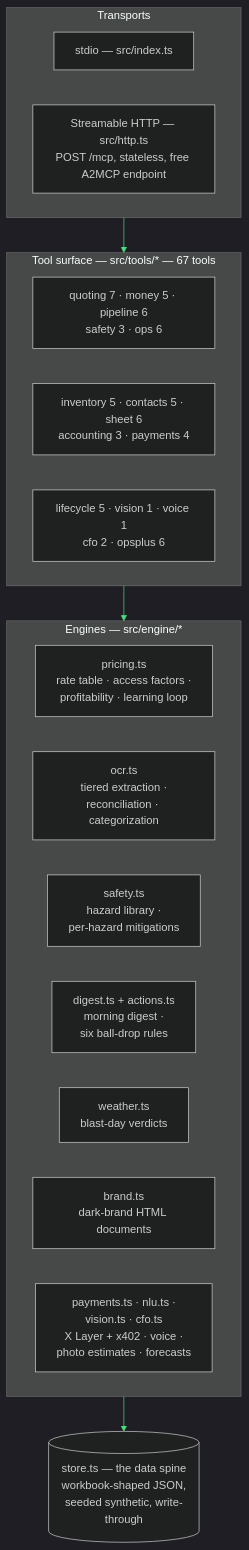
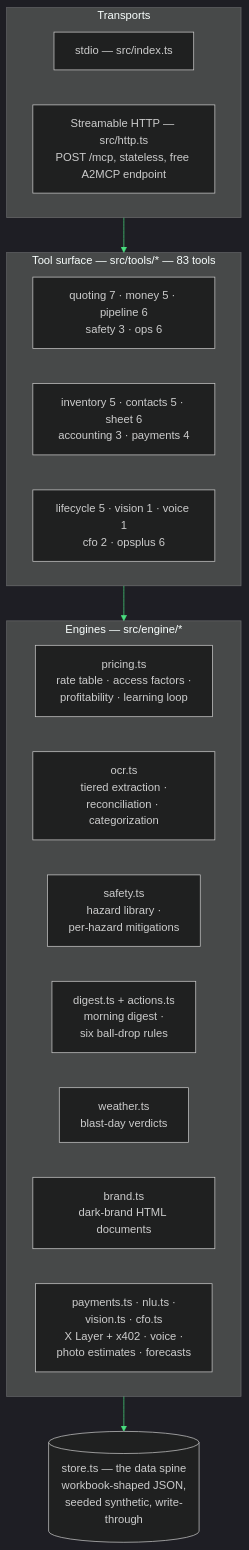
Before and after one commit to kr8tiv-ai/evolved: the diagram in docs/ARCHITECTURE.md, drawn with Mermaid. The commit also changed other lines of this file and 18 other files, not shown here.

````diff
--- a/docs/ARCHITECTURE.md
+++ b/docs/ARCHITECTURE.md
@@ -10,24 +10,24 @@
 ```mermaid
 %%{init: {"theme": "dark", "themeVariables": {"primaryColor": "#101010", "primaryBorderColor": "#4ade80", "primaryTextColor": "#f3f4f6", "lineColor": "#4ade80"}}}%%
 flowchart TB
     subgraph transports [Transports]
         A[stdio — src/index.ts]
         B[Streamable HTTP — src/http.ts<br>POST /mcp, stateless, free A2MCP endpoint]
     end
-    subgraph surface [Tool surface — src/tools/* — 67 tools]
+    subgraph surface [Tool surface — src/tools/* — 83 tools]
         Q[quoting 7 · money 5 · pipeline 6<br>safety 3 · ops 6]
         R[inventory 5 · contacts 5 · sheet 6<br>accounting 3 · payments 4]
         S2[lifecycle 5 · vision 1 · voice 1<br>cfo 2 · opsplus 6]
     end
     subgraph engines [Engines — src/engine/*]
         E1[pricing.ts<br>rate table · access factors ·<br>profitability · learning loop]
         E2[ocr.ts<br>tiered extraction ·<br>reconciliation · categorization]
         E3[safety.ts<br>hazard library ·<br>per-hazard mitigations]
         E4[digest.ts + actions.ts<br>morning digest ·<br>six ball-drop rules]
         E5[weather.ts<br>blast-day verdicts]
         E6[brand.ts<br>dark-brand HTML documents]
         E7[payments.ts · nlu.ts ·<br>vision.ts · cfo.ts<br>X Layer + x402 · voice ·<br>photo estimates · forecasts]
     end
     D[(store.ts — the data spine<br>workbook-shaped JSON,<br>seeded synthetic, write-through)]
     transports --> surface --> engines --> D
 ```
````
